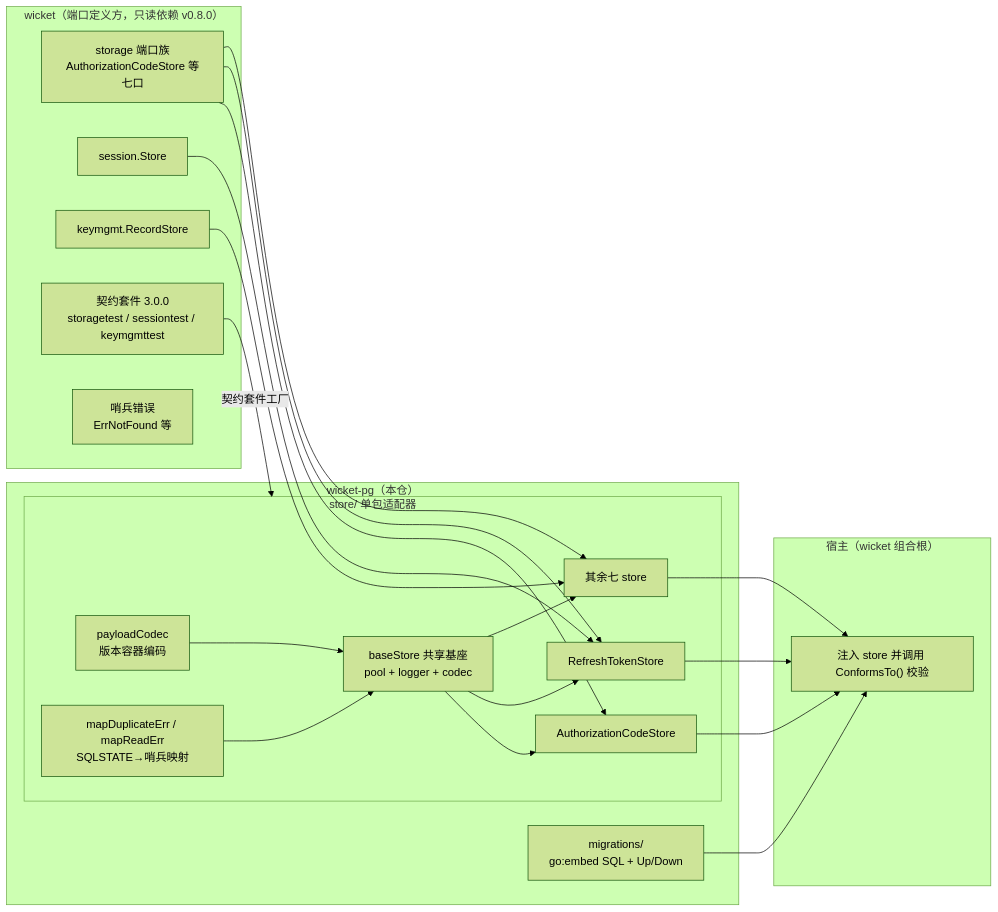
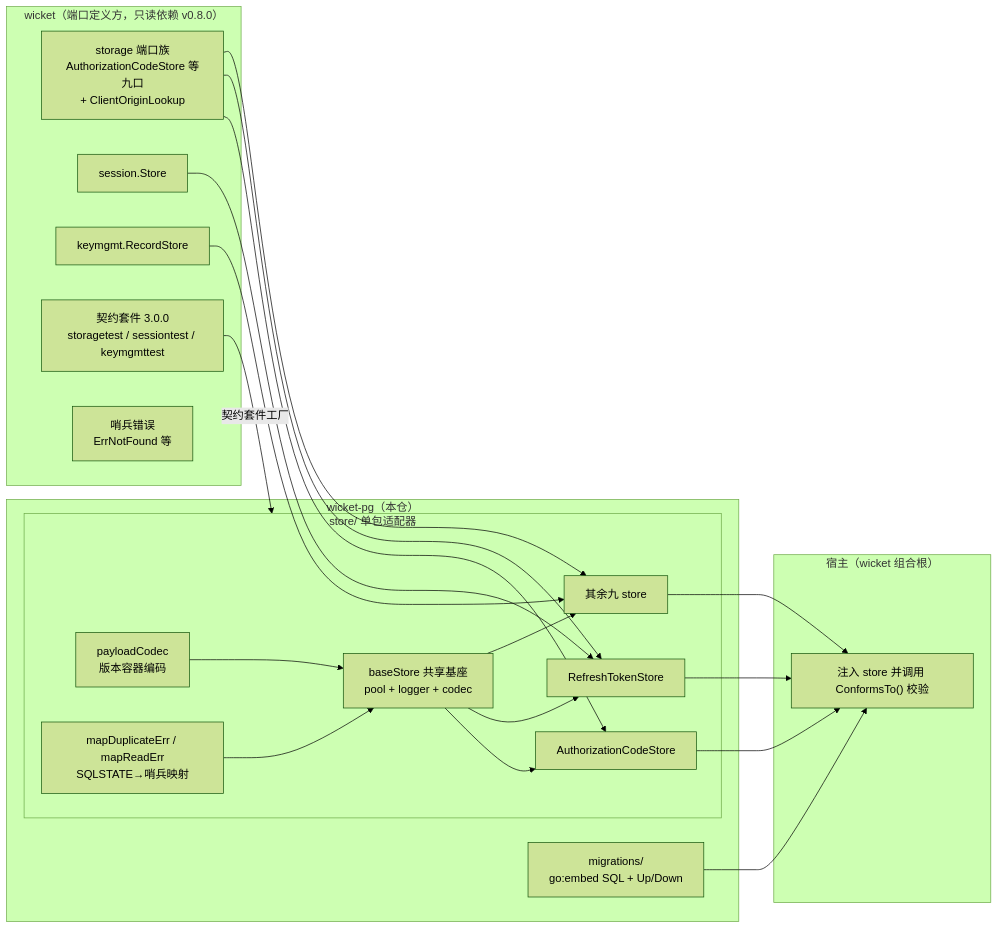
The first of 3 diagrams in docs/architecture.md (gonewx/wicket-pg), drawn with Mermaid (forest theme) before and after one commit. The commit also changed other lines of this file and 27 other files, not shown here.

First line of the commit message:
story 5.2: 新增 ClientRegistrationStore（DCR + ClientOriginLookup）与迁移 000006

````diff
--- a/docs/architecture.md
+++ b/docs/architecture.md
@@ -7,36 +7,36 @@
 ```mermaid
 flowchart LR
     subgraph wicket["wicket（端口定义方，只读依赖 v0.8.0）"]
-        P1["storage 端口族<br/>AuthorizationCodeStore 等七口"]
+        P1["storage 端口族<br/>AuthorizationCodeStore 等九口<br/>+ ClientOriginLookup"]
         P2["session.Store"]
         P3["keymgmt.RecordStore"]
         S["契约套件 3.0.0<br/>storagetest / sessiontest / keymgmttest"]
         E["哨兵错误<br/>ErrNotFound 等"]
     end
 
     subgraph adapter["wicket-pg（本仓）"]
         subgraph store["store/ 单包适配器"]
             B["baseStore 共享基座<br/>pool + logger + codec"]
             A1["AuthorizationCodeStore"]
             A2["RefreshTokenStore"]
-            A3["其余七 store"]
+            A3["其余九 store"]
             C["payloadCodec<br/>版本容器编码"]
             ERR["mapDuplicateErr / mapReadErr<br/>SQLSTATE→哨兵映射"]
         end
         M["migrations/<br/>go:embed SQL + Up/Down"]
     end
 
     subgraph host["宿主（wicket 组合根）"]
         H["注入 store 并调用 ConformsTo() 校验"]
     end
 
     P1 --> A1 & A2 & A3
     P2 --> A2
     P3 --> A3
     B --> A1 & A2 & A3
     C --> B
     ERR --> B
     S -->|"契约套件工厂"| store
     M --> H
     A1 & A2 & A3 --> H
 ```
````
